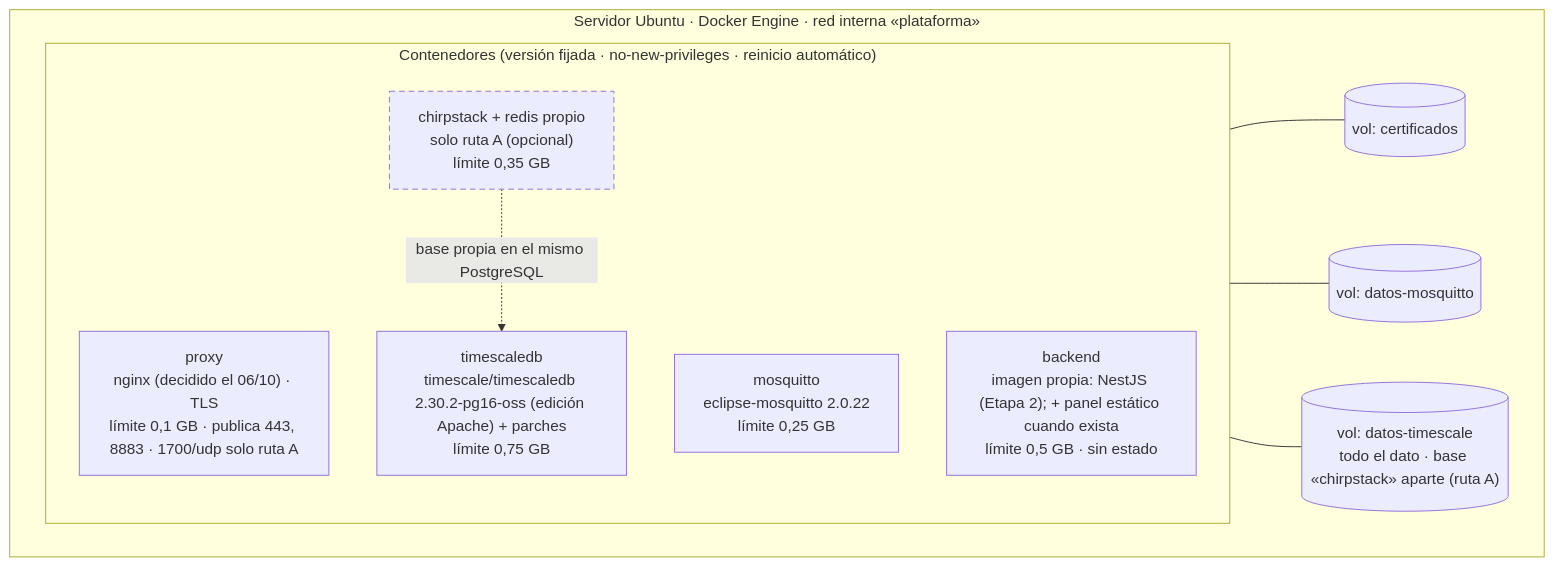
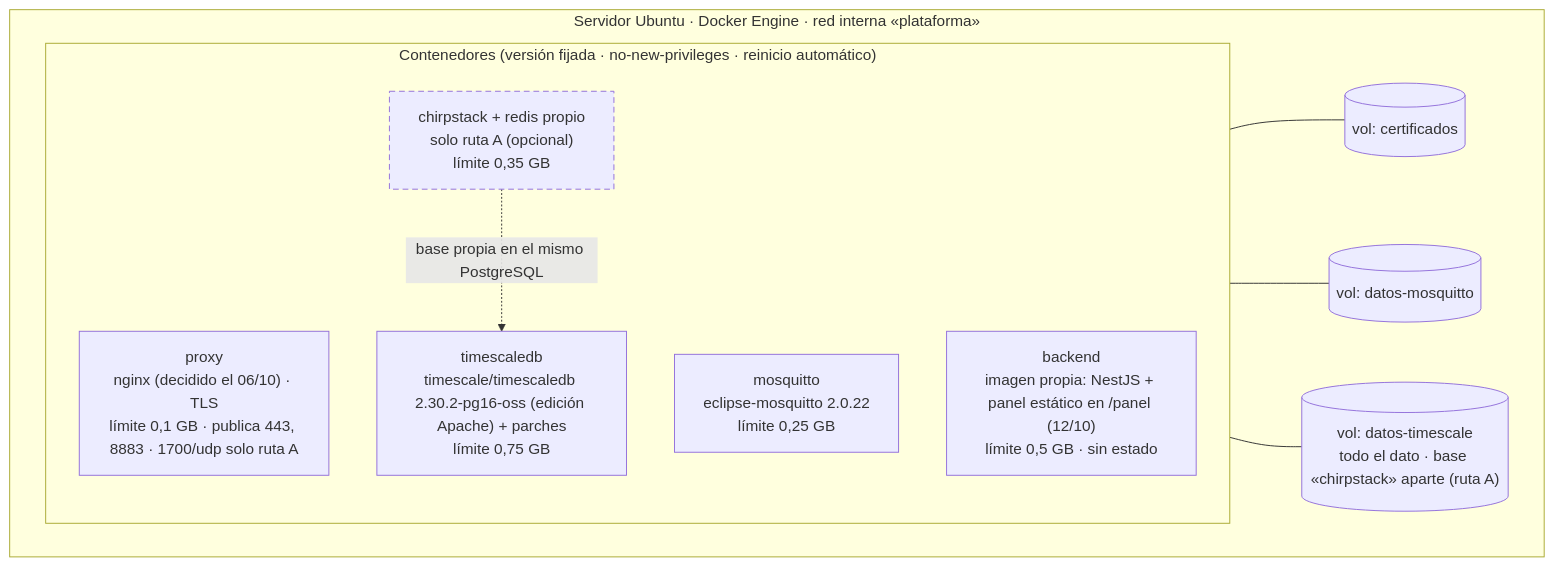
One commit to vicenterami/tesis changed the sixth of 6 diagrams in docs/10-arquitectura.md. Above: the diagram before and after it, drawn with Mermaid. The commit also changed 29 other files, not shown here.

````diff
--- a/docs/10-arquitectura.md
+++ b/docs/10-arquitectura.md
@@ -451,23 +451,23 @@
 ```mermaid
 flowchart TB
     subgraph HOST["Servidor Ubuntu · Docker Engine · red interna «plataforma»"]
         direction LR
         subgraph SVC["Contenedores (versión fijada · no-new-privileges · reinicio automático)"]
             direction TB
             C5["proxy<br/>nginx (decidido el 06/10) · TLS<br/>límite 0,1 GB · publica 443, 8883 · 1700/udp solo ruta A"]
             C1["mosquitto<br/>eclipse-mosquitto 2.0.22<br/>límite 0,25 GB"]
             C2["chirpstack + redis propio<br/>solo ruta A (opcional)<br/>límite 0,35 GB"]
-            C4["backend<br/>imagen propia: NestJS (Etapa 2); + panel estático cuando exista<br/>límite 0,5 GB · sin estado"]
+            C4["backend<br/>imagen propia: NestJS + panel estático en /panel (12/10)<br/>límite 0,5 GB · sin estado"]
             C3["timescaledb<br/>timescale/timescaledb 2.30.2-pg16-oss (edición Apache) + parches<br/>límite 0,75 GB"]
         end
         V4[("vol: certificados")]
         V2[("vol: datos-mosquitto")]
         V1[("vol: datos-timescale<br/>todo el dato · base «chirpstack» aparte (ruta A)")]
     end
     C5 --- V4
     C1 --- V2
     C3 --- V1
     C2 -. "base propia en el mismo PostgreSQL" .-> C3
     classDef opcional stroke-dasharray:6 4
     class C2 opcional
 ```
````
